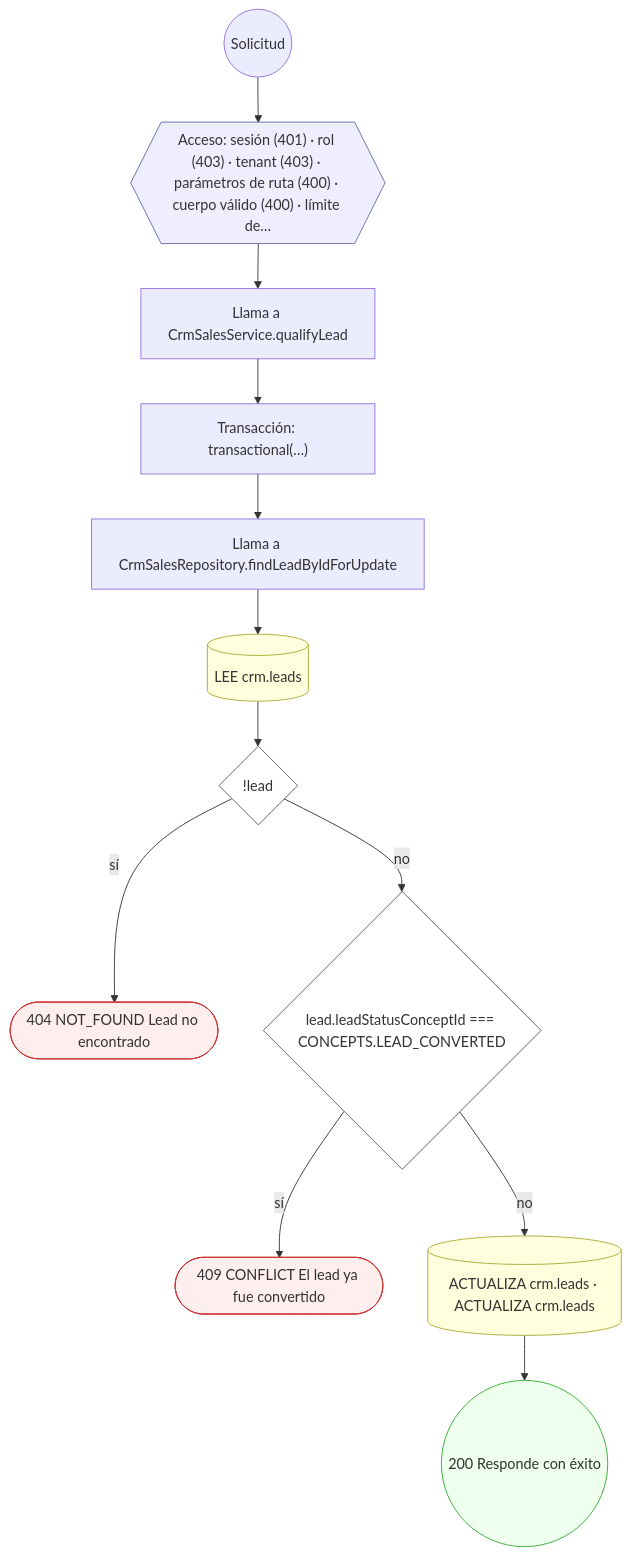
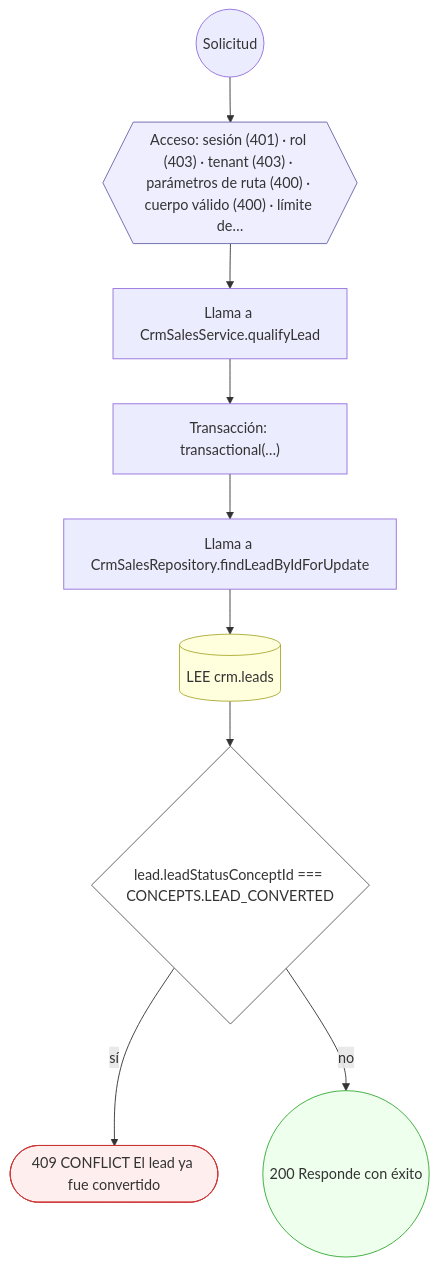
Diagram 11 of 15 in docs/inventario/flujos/crm.md (mdavila-2001/mantra-core-health-api), drawn with Mermaid before and after one commit. The commit also changed other lines of this file and 438 other files, not shown here.

````diff
--- a/docs/inventario/flujos/crm.md
+++ b/docs/inventario/flujos/crm.md
@@ -703,32 +692,26 @@
 ```mermaid
 flowchart TD
   n1(("Solicitud")):::inicio
   n2{{"Acceso: sesión (401) · rol (403) · tenant (403) · parámetros de ruta (400) · cuerpo válido (400) · límite de…"}}:::acceso
   n1 --> n2
   n3["Llama a CrmSalesService.qualifyLead"]:::llamada
   n2 --> n3
   n4["Transacción: transactional(…)"]:::transaccion
   n3 --> n4
   n5["Llama a CrmSalesRepository.findLeadByIdForUpdate"]:::llamada
   n4 --> n5
   n6[("LEE crm.leads")]:::efecto
   n5 --> n6
-  n7{"!lead"}:::decision
+  n7{"lead.leadStatusConceptId === CONCEPTS.LEAD_CONVERTED"}:::decision
   n6 --> n7
-  n8(["404 NOT_FOUND Lead no encontrado"]):::error
+  n8(["409 CONFLICT El lead ya fue convertido"]):::error
   n7 -->|"sí"| n8
-  n9{"lead.leadStatusConceptId === CONCEPTS.LEAD_CONVERTED"}:::decision
+  n9(("200 Responde con éxito")):::ok
   n7 -->|"no"| n9
-  n10(["409 CONFLICT El lead ya fue convertido"]):::error
-  n9 -->|"sí"| n10
-  n11[("ACTUALIZA crm.leads · ACTUALIZA crm.leads")]:::efecto
-  n9 -->|"no"| n11
-  n12(("200 Responde con éxito")):::ok
-  n11 --> n12
   classDef acceso fill:#eef,stroke:#66a
   classDef error fill:#fee,stroke:#c33
   classDef ok fill:#efe,stroke:#3a3
   classDef efecto fill:#ffd,stroke:#aa3
   classDef decision fill:#fff,stroke:#555
   classDef corte fill:#eee,stroke:#999,stroke-dasharray: 4
 ```
````
